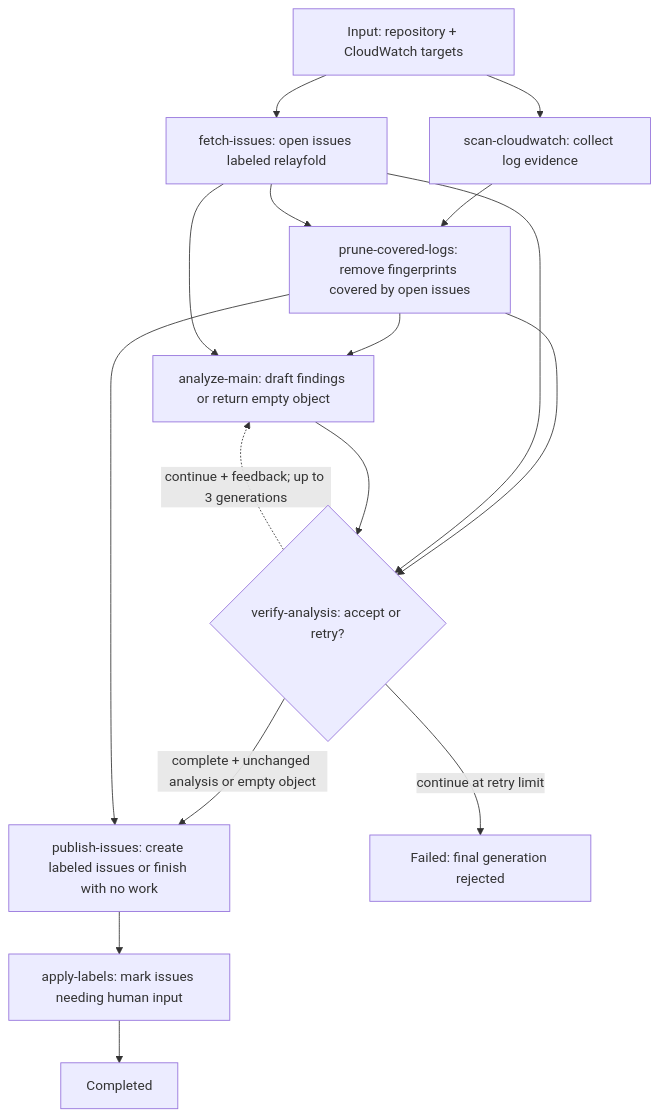
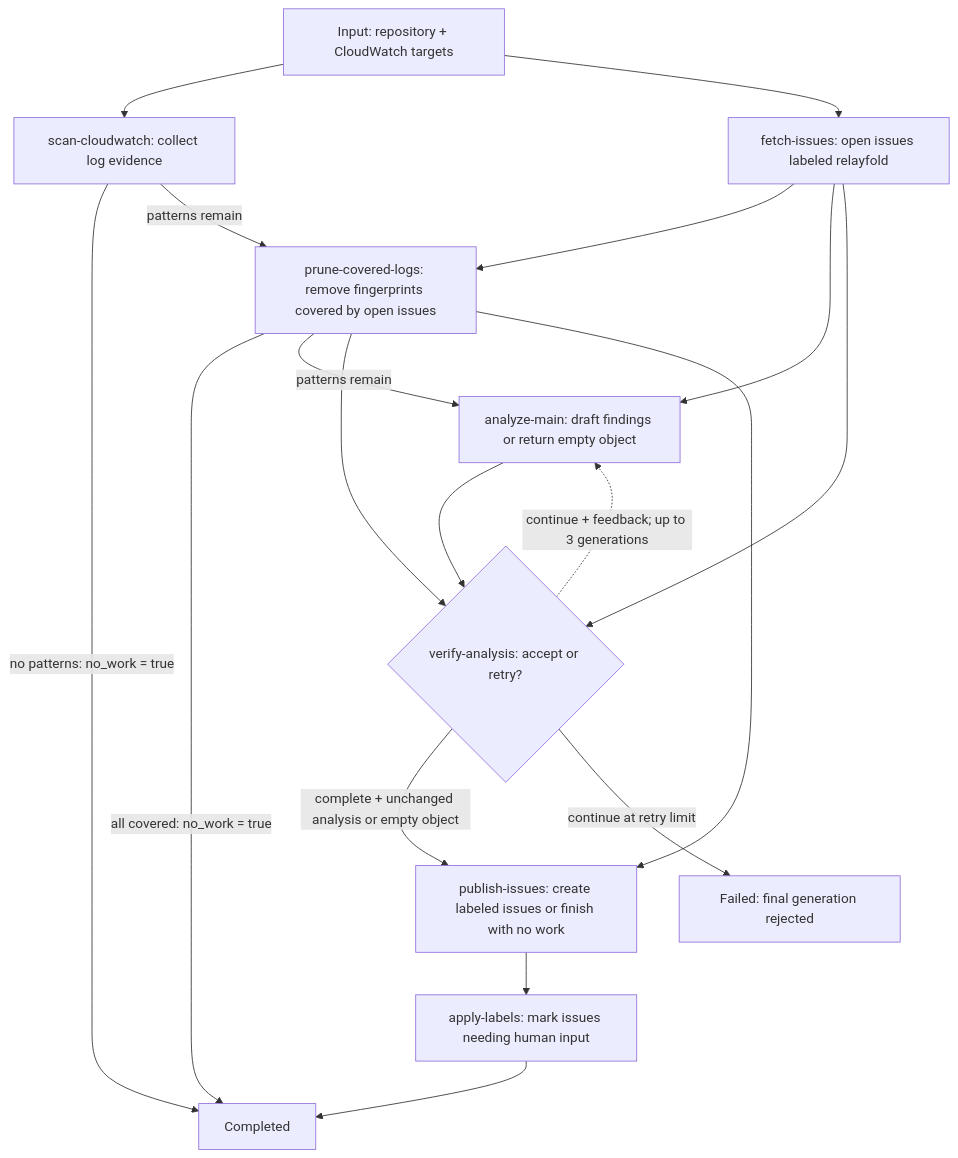
One commit to parsablelabs/relayfold changed the diagram in website/src/content/docs/docs/examples/fillmyfunnel-cloudwatch-workflow.md. Above: the diagram before and after it, drawn with Mermaid. The commit also changed other lines of this file and 25 other files, not shown here.

```diff
--- a/website/src/content/docs/docs/examples/fillmyfunnel-cloudwatch-workflow.md
+++ b/website/src/content/docs/docs/examples/fillmyfunnel-cloudwatch-workflow.md
@@ -13,29 +13,31 @@
 <pre class="mermaid">
 flowchart TD
     Input["Input: repository + CloudWatch targets"]
     Scan["scan-cloudwatch: collect log evidence"]
     Issues["fetch-issues: open issues labeled relayfold"]
     Prune["prune-covered-logs: remove fingerprints covered by open issues"]
     Analyze["analyze-main: draft findings or return empty object"]
     Verify{"verify-analysis: accept or retry?"}
     Publish["publish-issues: create labeled issues or finish with no work"]
     Labels["apply-labels: mark issues needing human input"]
     Done["Completed"]
     Failed["Failed: final generation rejected"]
 
     Input --> Scan
     Input --> Issues
-    Scan --> Prune
+    Scan -->|"no patterns: no_work = true"| Done
+    Scan -->|"patterns remain"| Prune
     Issues --> Prune
-    Prune --> Analyze
+    Prune -->|"all covered: no_work = true"| Done
+    Prune -->|"patterns remain"| Analyze
     Issues --> Analyze
     Prune --> Verify
     Issues --> Verify
     Analyze --> Verify
     Verify -. "continue + feedback; up to 3 generations" .-> Analyze
     Verify -->|"complete + unchanged analysis or empty object"| Publish
     Prune --> Publish
     Verify -->|"continue at retry limit"| Failed
     Publish --> Labels
     Labels --> Done
 </pre>
```
